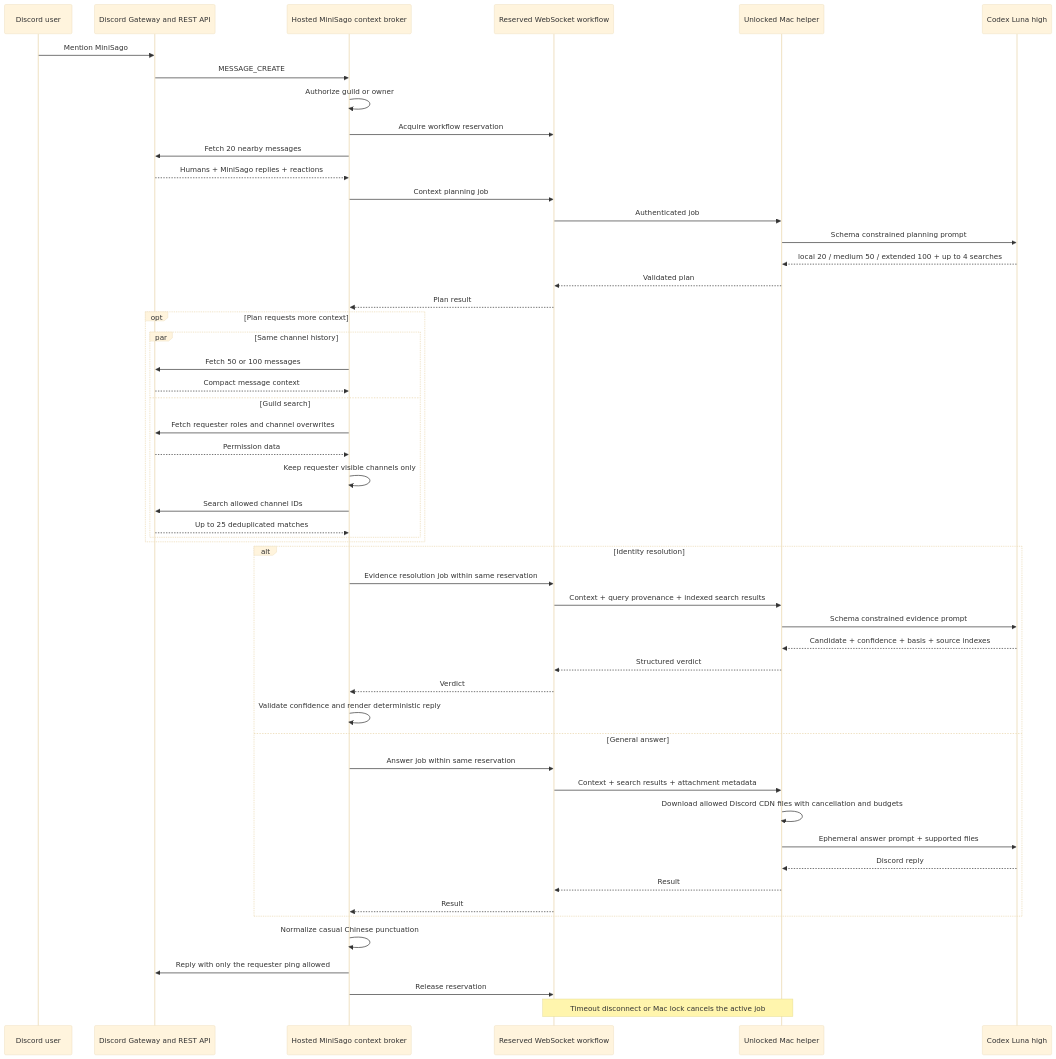
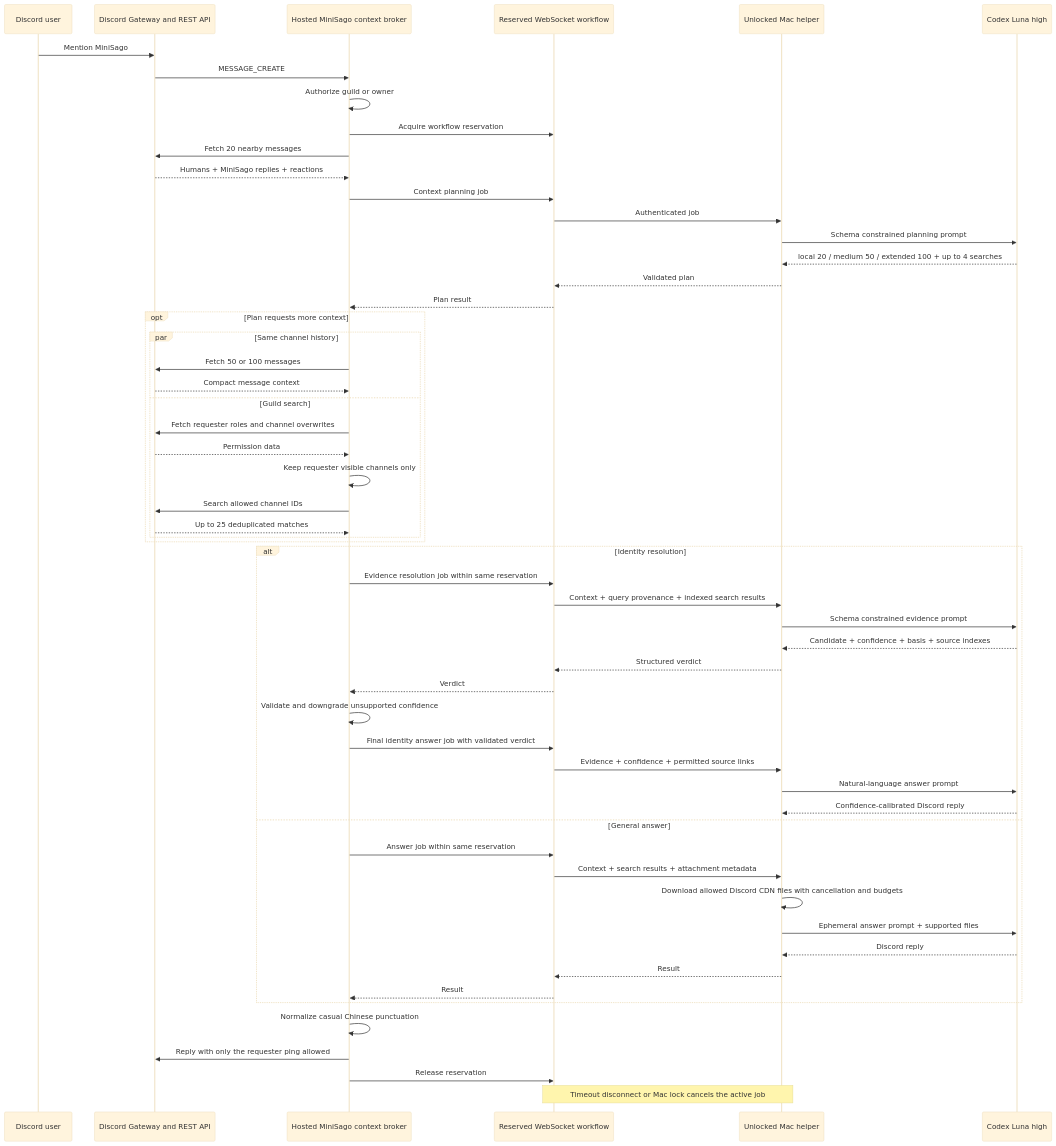
Before and after one commit to Hsiii/mini-sago: the diagram in docs/operations.md, drawn with Mermaid (base theme). The commit also changed other lines of this file and 9 other files, not shown here.

````diff
--- a/docs/operations.md
+++ b/docs/operations.md
@@ -98,58 +98,62 @@
 ```mermaid
 sequenceDiagram
     participant U as Discord user
     participant D as Discord Gateway and REST API
     participant H as Hosted MiniSago context broker
     participant W as Reserved WebSocket workflow
     participant M as Unlocked Mac helper
     participant C as Codex Luna high
 
     U->>D: Mention MiniSago
     D->>H: MESSAGE_CREATE
     H->>H: Authorize guild or owner
     H->>W: Acquire workflow reservation
     H->>D: Fetch 20 nearby messages
     D-->>H: Humans + MiniSago replies + reactions
     H->>W: Context planning job
     W->>M: Authenticated job
     M->>C: Schema constrained planning prompt
     C-->>M: local 20 / medium 50 / extended 100 + up to 4 searches
     M-->>W: Validated plan
     W-->>H: Plan result
 
     opt Plan requests more context
         par Same channel history
             H->>D: Fetch 50 or 100 messages
             D-->>H: Compact message context
         and Guild search
             H->>D: Fetch requester roles and channel overwrites
             D-->>H: Permission data
             H->>H: Keep requester visible channels only
             H->>D: Search allowed channel IDs
             D-->>H: Up to 25 deduplicated matches
         end
     end
 
     alt Identity resolution
         H->>W: Evidence resolution job within same reservation
         W->>M: Context + query provenance + indexed search results
         M->>C: Schema constrained evidence prompt
         C-->>M: Candidate + confidence + basis + source indexes
         M-->>W: Structured verdict
         W-->>H: Verdict
-        H->>H: Validate confidence and render deterministic reply
+        H->>H: Validate and downgrade unsupported confidence
+        H->>W: Final identity answer job with validated verdict
+        W->>M: Evidence + confidence + permitted source links
+        M->>C: Natural-language answer prompt
+        C-->>M: Confidence-calibrated Discord reply
     else General answer
         H->>W: Answer job within same reservation
         W->>M: Context + search results + attachment metadata
         M->>M: Download allowed Discord CDN files with cancellation and budgets
         M->>C: Ephemeral answer prompt + supported files
         C-->>M: Discord reply
         M-->>W: Result
         W-->>H: Result
     end
     H->>H: Normalize casual Chinese punctuation
     H->>D: Reply with only the requester ping allowed
     H->>W: Release reservation
 
     Note over W,M: Timeout disconnect or Mac lock cancels the active job
 ```
````
